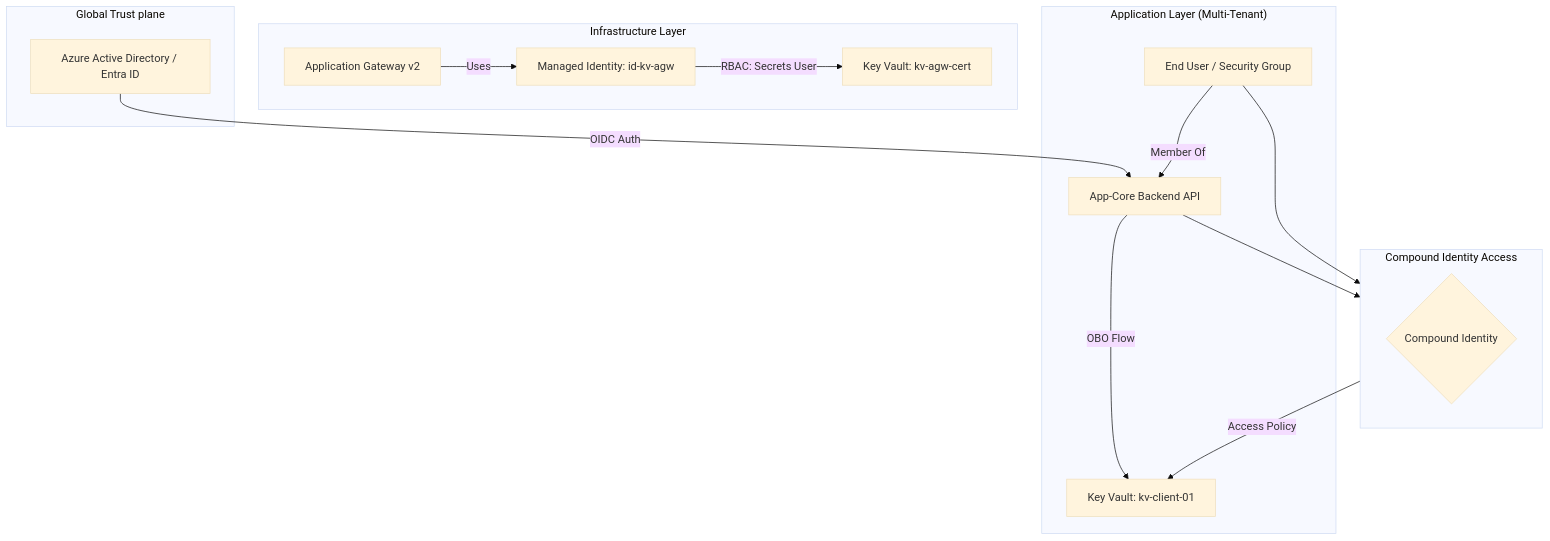
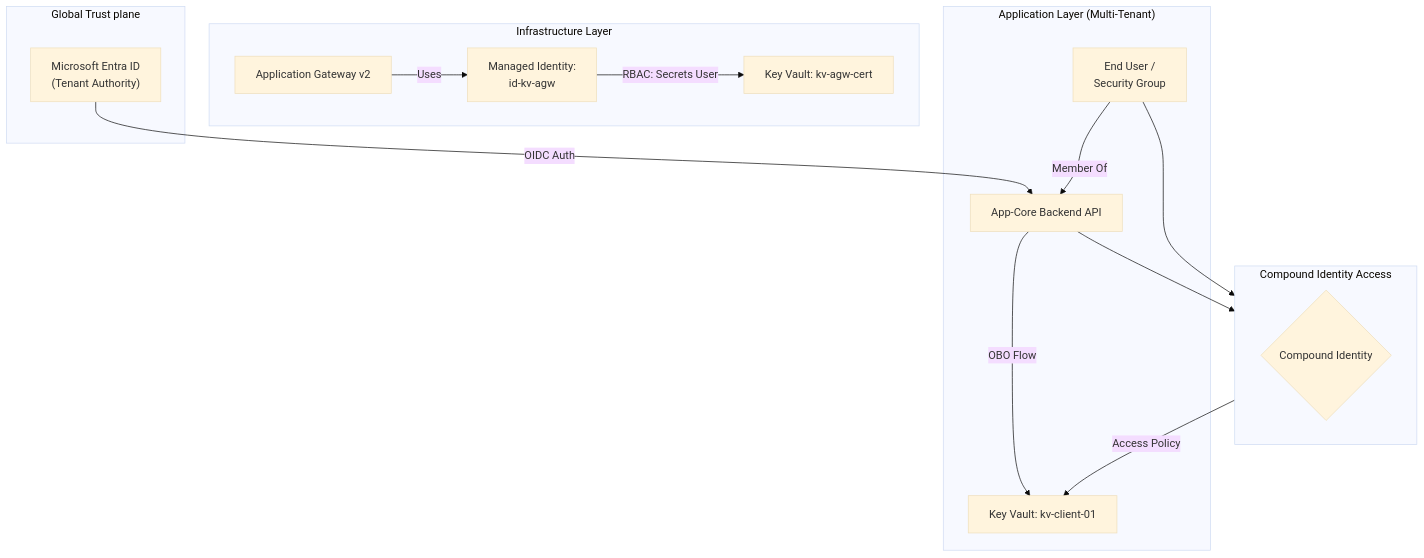
The first of 2 diagrams in docs/323-KEY_VAULT_TRUST_ARCHITECTURE.md (nubenetes/terraform-azure-devops-agentic), drawn with Mermaid (base theme) before and after one commit. The commit also changed 23 other files, not shown here.

Commit message:
docs: establish automated Mermaid validator and eliminate text clipping repo-wide

````diff
--- a/docs/323-KEY_VAULT_TRUST_ARCHITECTURE.md
+++ b/docs/323-KEY_VAULT_TRUST_ARCHITECTURE.md
@@ -30,27 +30,27 @@
 ```mermaid
 graph TD
     subgraph "Global Trust plane"
-        AAD[Azure Active Directory / Entra ID]
+        AAD["Microsoft Entra ID<br/>(Tenant Authority)"]
     end
     subgraph "Infrastructure Layer"
         AGW[Application Gateway v2]
-        ID_AGW[Managed Identity: id-kv-agw]
+        ID_AGW["Managed Identity:<br/>id-kv-agw"]
         KV_INFRA[Key Vault: kv-agw-cert]
     end
     subgraph "Application Layer (Multi-Tenant)"
         BACK[App-Core Backend API]
         KV_CLIENT[Key Vault: kv-client-01]
-        USR[End User / Security Group]
+        USR["End User /<br/>Security Group"]
     end
     AAD -->|OIDC Auth| BACK
     AGW -->|Uses| ID_AGW
     ID_AGW -->|RBAC: Secrets User| KV_INFRA
     BACK -->|OBO Flow| KV_CLIENT
     USR -->|Member Of| BACK
     subgraph "Compound Identity Access"
         direction LR
         BACK --> CI{Compound Identity}
         USR --> CI{Compound Identity}
         CI -->|Access Policy| KV_CLIENT
     end
 ```
````
